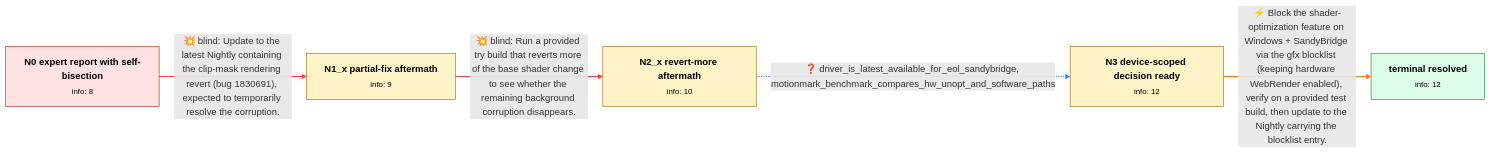
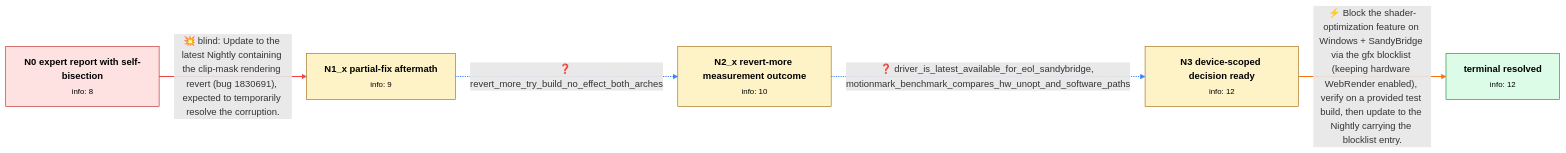
Before and after one commit to Chaoyi-He1/graph_bench: the diagram in data/trial/review/bmo_1829487.md, drawn with Mermaid. The commit also changed other lines of this file and 56 other files, not shown here.

````diff
--- a/data/trial/review/bmo_1829487.md
+++ b/data/trial/review/bmo_1829487.md
@@ -10,24 +10,24 @@
 ```mermaid
 flowchart LR
     N0["<b>N0 expert report with self-bisection</b><br/><small>info: 8</small>"]
     N1_x["<b>N1_x partial-fix aftermath</b><br/><small>info: 9</small>"]
-    N2_x["<b>N2_x revert-more aftermath</b><br/><small>info: 10</small>"]
+    N2_x["<b>N2_x revert-more measurement outcome</b><br/><small>info: 10</small>"]
     N3["<b>N3 device-scoped decision ready</b><br/><small>info: 12</small>"]
     N_terminal["<b>terminal resolved</b><br/><small>info: 12</small>"]
     N0 ==>|"💥 blind: Update to the latest Nightly containing the clip-mask rendering revert (bug 1830691), expected to temporarily resolve the corruption."| N1_x
     linkStyle 0 stroke:#ef4444,stroke-width:2px
-    N1_x ==>|"💥 blind: Run a provided try build that reverts more of the base shader change to see whether the remaining background corruption disappears."| N2_x
-    linkStyle 1 stroke:#ef4444,stroke-width:2px
+    N1_x -.->|"❓ revert_more_try_build_no_effect_both_arches"| N2_x
+    linkStyle 1 stroke:#3b82f6,stroke-width:2px
     N2_x -.->|"❓ driver_is_latest_available_for_eol_sandybridge, motionmark_benchmark_compares_hw_unopt_and_software_paths"| N3
     linkStyle 2 stroke:#3b82f6,stroke-width:2px
     N3 ==>|"⚡ Block the shader-optimization feature on Windows + SandyBridge via the gfx blocklist (keeping hardware WebRender enabled), verify on a provided test build, then update to the Nightly carrying the blocklist entry."| N_terminal
     linkStyle 3 stroke:#f97316,stroke-width:2px
     class N0 start
     class N1_x normal
     class N2_x normal
     class N3 normal
     class N_terminal terminal
     classDef start fill:#fee2e2,stroke:#b91c1c,color:#000
     classDef terminal fill:#dcfce7,stroke:#15803d,color:#000
     classDef normal fill:#fef3c7,stroke:#a16207,color:#000
 ```
````
